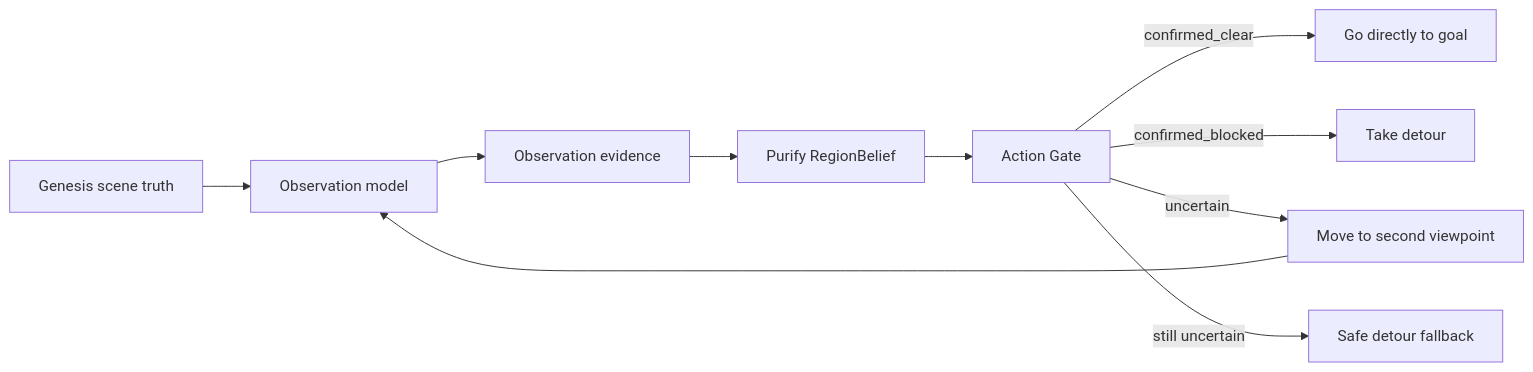
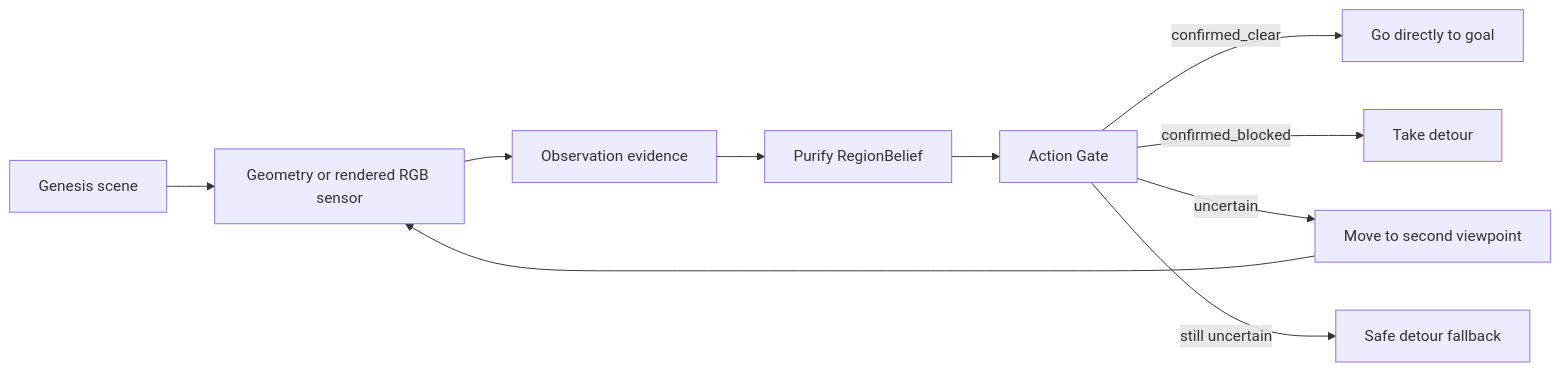
Before and after one commit to eason4kim-rocket/look-twice: the first of 3 diagrams in docs/ARCHITECTURE.md, drawn with Mermaid. The commit also changed other lines of this file and 4 other files, not shown here.

````diff
--- a/docs/ARCHITECTURE.md
+++ b/docs/ARCHITECTURE.md
@@ -5,12 +5,12 @@
 ```mermaid
 flowchart LR
-    S["Genesis scene truth"] --> O["Observation model"]
+    S["Genesis scene"] --> O["Geometry or rendered RGB sensor"]
     O --> E["Observation evidence"]
     E --> B["Purify RegionBelief"]
     B --> G["Action Gate"]
     G -->|"confirmed_clear"| D["Go directly to goal"]
     G -->|"confirmed_blocked"| T["Take detour"]
     G -->|"uncertain"| R["Move to second viewpoint"]
     R --> O
     G -->|"still uncertain"| F["Safe detour fallback"]
 ```
````
